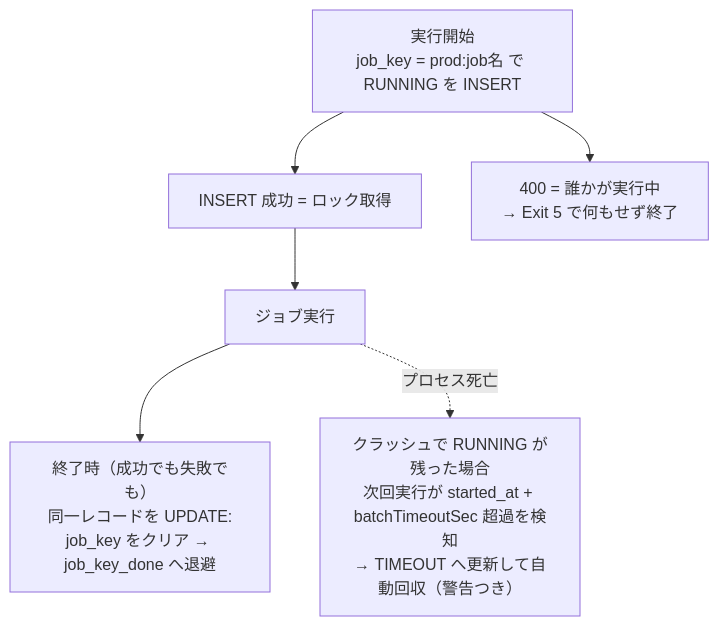
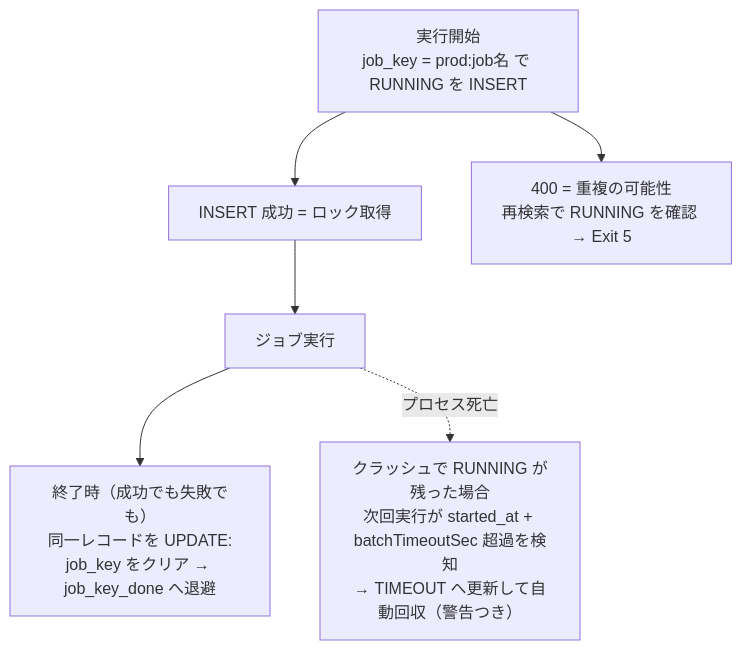
One commit to rex0220/ksql-flow changed the diagram in docs/internal/qiita_draft_11_distributed_lock.md. Above: the diagram before and after it, drawn with Mermaid.

Commit message:
docs: 記事 #11 の mermaid 400 ノードを本文と整合(重複の可能性 → 再検索確認 → Exit 5)

````diff
--- a/docs/internal/qiita_draft_11_distributed_lock.md
+++ b/docs/internal/qiita_draft_11_distributed_lock.md
@@ -70,13 +70,13 @@
 ```mermaid
 flowchart TB
     ACQ["実行開始<br>job_key = prod:job名 で RUNNING を INSERT"]
     OK["INSERT 成功 = ロック取得"]
-    NG["400 = 誰かが実行中<br>→ Exit 5 で何もせず終了"]
+    NG["400 = 重複の可能性<br>再検索で RUNNING を確認 → Exit 5"]
     RUN["ジョブ実行"]
     REL["終了時（成功でも失敗でも）<br>同一レコードを UPDATE:<br>job_key をクリア → job_key_done へ退避"]
     STALE["クラッシュで RUNNING が残った場合<br>次回実行が started_at + batchTimeoutSec 超過を検知<br>→ TIMEOUT へ更新して自動回収（警告つき）"]
 
     ACQ --> OK --> RUN --> REL
     ACQ --> NG
     RUN -.->|"プロセス死亡"| STALE
 ```
````
